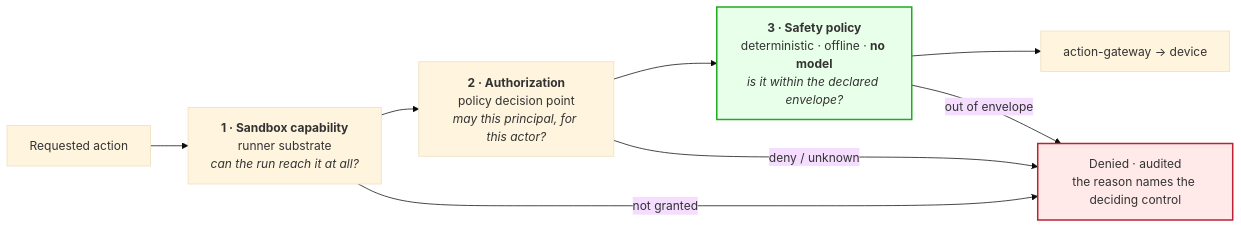
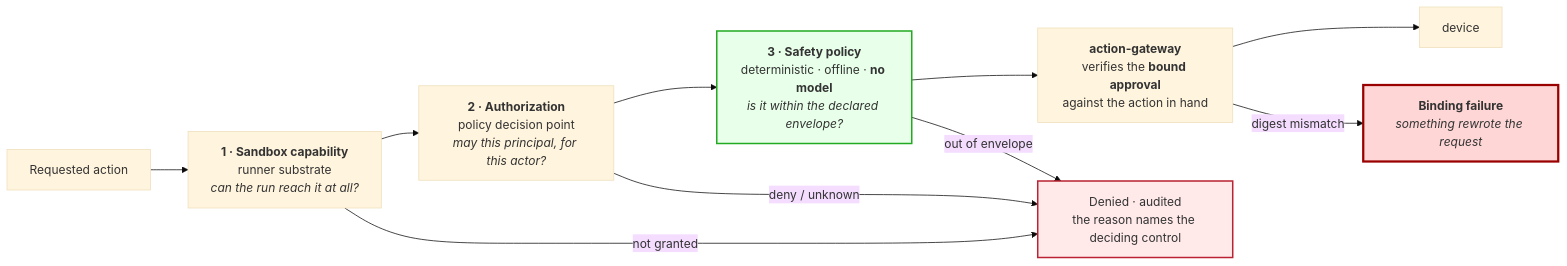
One commit to pulse-ops-ai/secure-home-agent-platform changed the fifth of 5 diagrams in README.md. Above: the diagram before and after it, drawn with Mermaid (base theme). The commit also changed other lines of this file and 21 other files, not shown here.

First line of the commit message:
docs(architecture): bind authorization to the action and correct degraded-mode classes

````diff
--- a/README.md
+++ b/README.md
@@ -318,19 +324,24 @@
 ```mermaid
 flowchart LR
     REQ["Requested action"]
     C1["<b>1 · Sandbox capability</b><br/>runner substrate<br/><i>can the run reach it at all?</i>"]
     C2["<b>2 · Authorization</b><br/>policy decision point<br/><i>may this principal, for this actor?</i>"]
     C3["<b>3 · Safety policy</b><br/>deterministic · offline · <b>no model</b><br/><i>is it within the declared envelope?</i>"]
-    ACT["action-gateway → device"]
+    ACT["<b>action-gateway</b><br/>verifies the <b>bound approval</b><br/>against the action in hand"]
+    HA["device"]
     DENY["Denied · audited<br/>the reason names the deciding control"]
+    BIND["<b>Binding failure</b><br/><i>something rewrote the request</i>"]
 
-    REQ --> C1 --> C2 --> C3 --> ACT
+    REQ --> C1 --> C2 --> C3 --> ACT --> HA
     C1 -->|not granted| DENY
     C2 -->|deny / unknown| DENY
     C3 -->|out of envelope| DENY
+    ACT -->|digest mismatch| BIND
 
     classDef det fill:#e8ffe9,stroke:#2a2,stroke-width:2px
     classDef deny fill:#ffe9e9,stroke:#b23,stroke-width:2px
+    classDef alarm fill:#ffd6d6,stroke:#900,stroke-width:3px
     class C3 det
     class DENY deny
+    class BIND alarm
 ```
````
